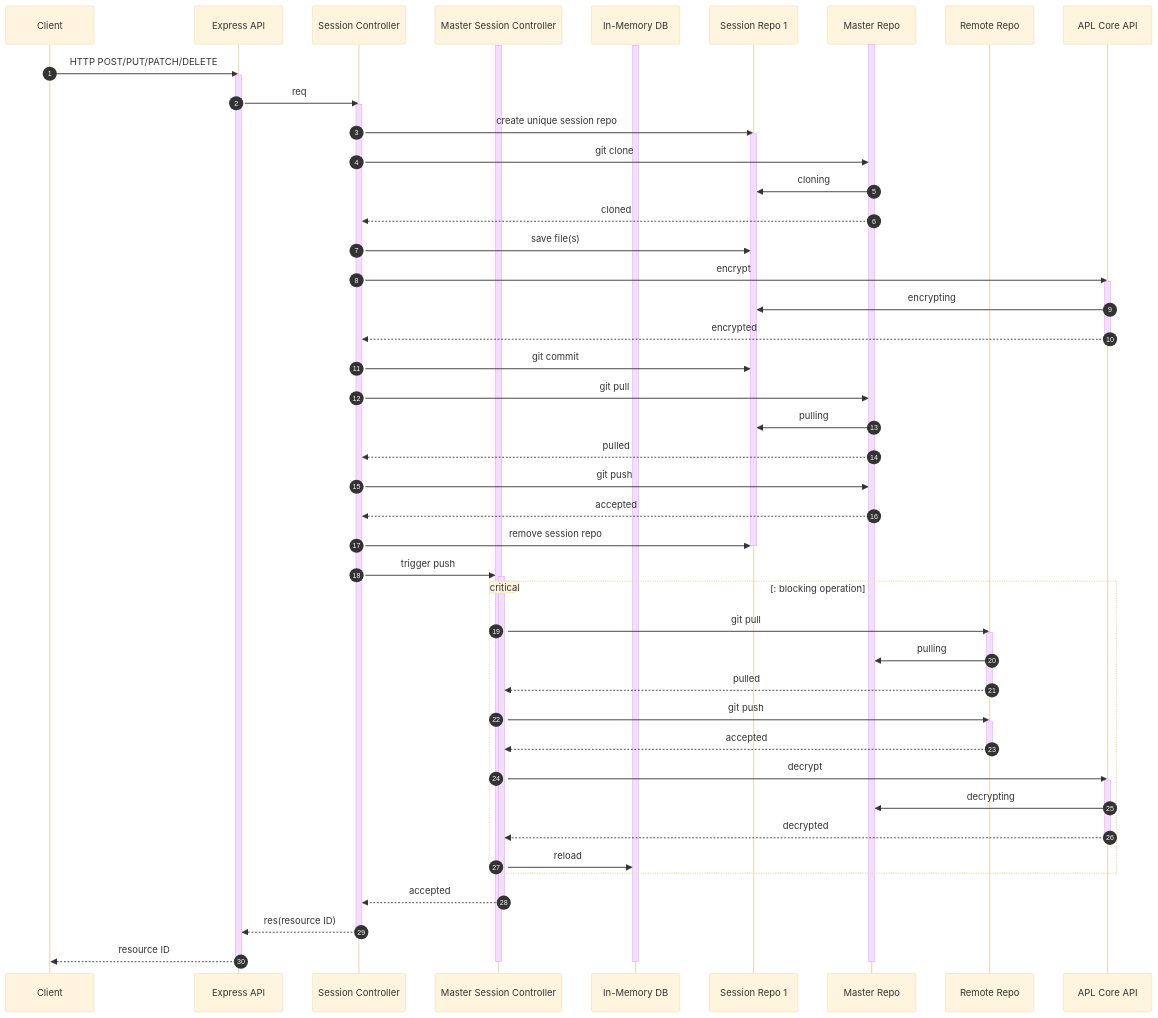
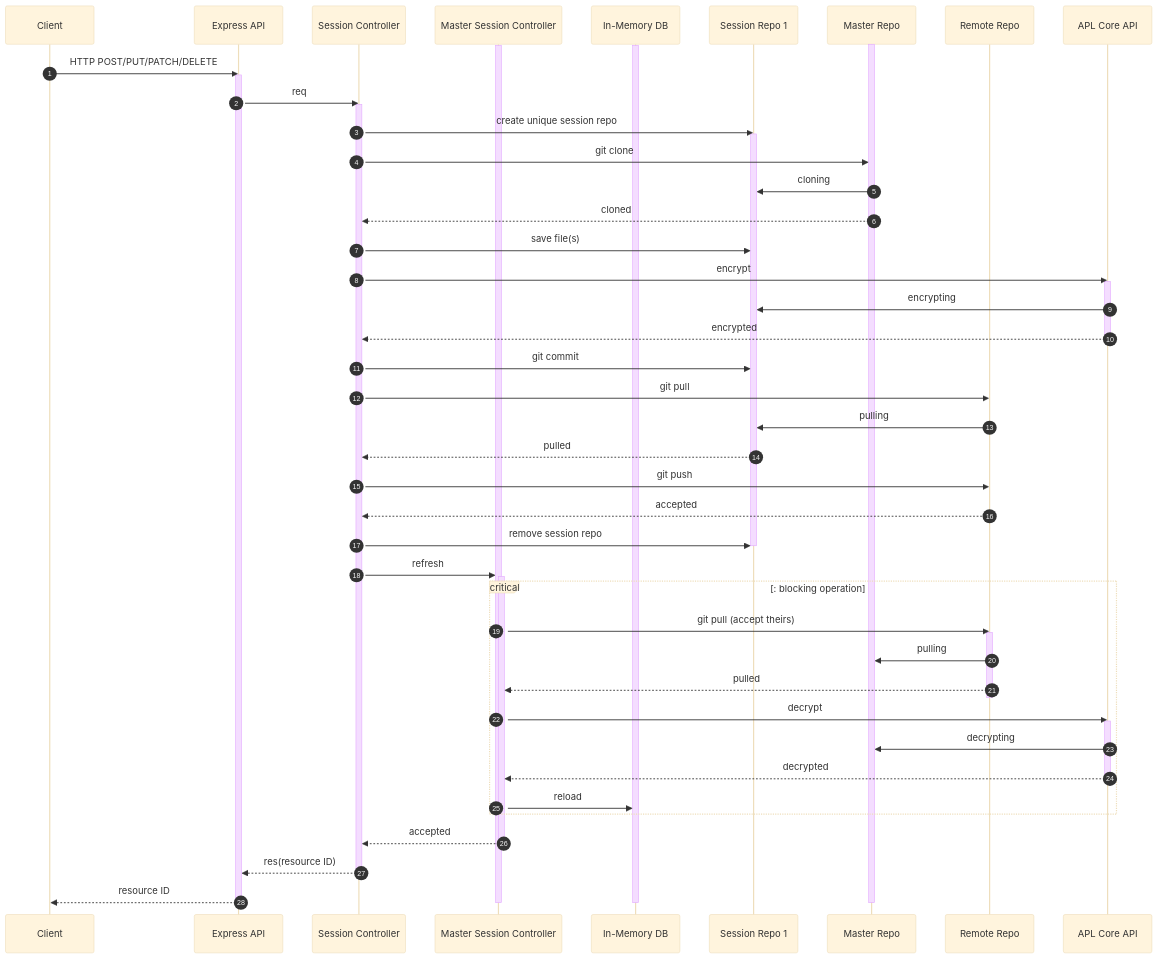
The first of 4 diagrams in docs/gitops.md (linode/apl-api), drawn with Mermaid (base theme) before and after one commit. The commit also changed other lines of this file, not shown here.

````diff
--- a/docs/gitops.md
+++ b/docs/gitops.md
@@ -9,68 +11,66 @@
 ```mermaid
 sequenceDiagram
     autonumber
     participant Client as Client
     participant API as Express API
     participant SC as Session Controller
     participant MC as Master Session Controller
     participant IMDB as In-Memory DB
     participant SR as Session Repo 1
     participant MR as Master Repo
     participant RR as Remote Repo
     participant ACA as APL Core API
 
     activate MR
     activate MC
     activate IMDB
     Client->>API: HTTP POST/PUT/PATCH/DELETE
     activate API
     API->>SC: req
     activate SC
     SC->>SR: create unique session repo
     activate SR
     SC->>MR: git clone
     MR->>SR: cloning
     MR-->>SC: cloned
     SC->>SR: save file(s)
     SC->>ACA: encrypt
     activate ACA
     ACA->>SR: encrypting
     ACA-->>SC: encrypted
     deactivate ACA
     SC->>SR: git commit
-    SC->>MR: git pull
-    MR->>SR: pulling
-    MR-->>SC: pulled
-    SC->>MR: git push
-    MR-->>SC: accepted
+    SC->>RR: git pull
+    RR->>SR: pulling
+    SR-->>SC: pulled
+    SC->>RR: git push
+    RR-->>SC: accepted
     SC->>SR: remove session repo
     deactivate SR
-    SC->>MC: trigger push
+    SC->>MC: refresh
     activate MC
     critical: blocking operation
-    MC->>RR: git pull
+    MC->>RR: git pull (accept theirs)
     activate RR
     RR->>MR: pulling
     RR-->>MC: pulled
     deactivate RR
-    MC->>RR: git push
     activate RR
-    RR-->>MC: accepted
     deactivate RR
     MC->>ACA: decrypt
     activate ACA
     ACA->>MR: decrypting
     ACA-->>MC: decrypted
     deactivate ACA
     MC->>IMDB: reload
     end
     MC-->>SC: accepted
     deactivate MC
     SC-->>API: res(resource ID)
     deactivate SC
     API-->>Client: resource ID
     deactivate API
     deactivate MR
     deactivate MC
     deactivate IMDB
 ```
````
